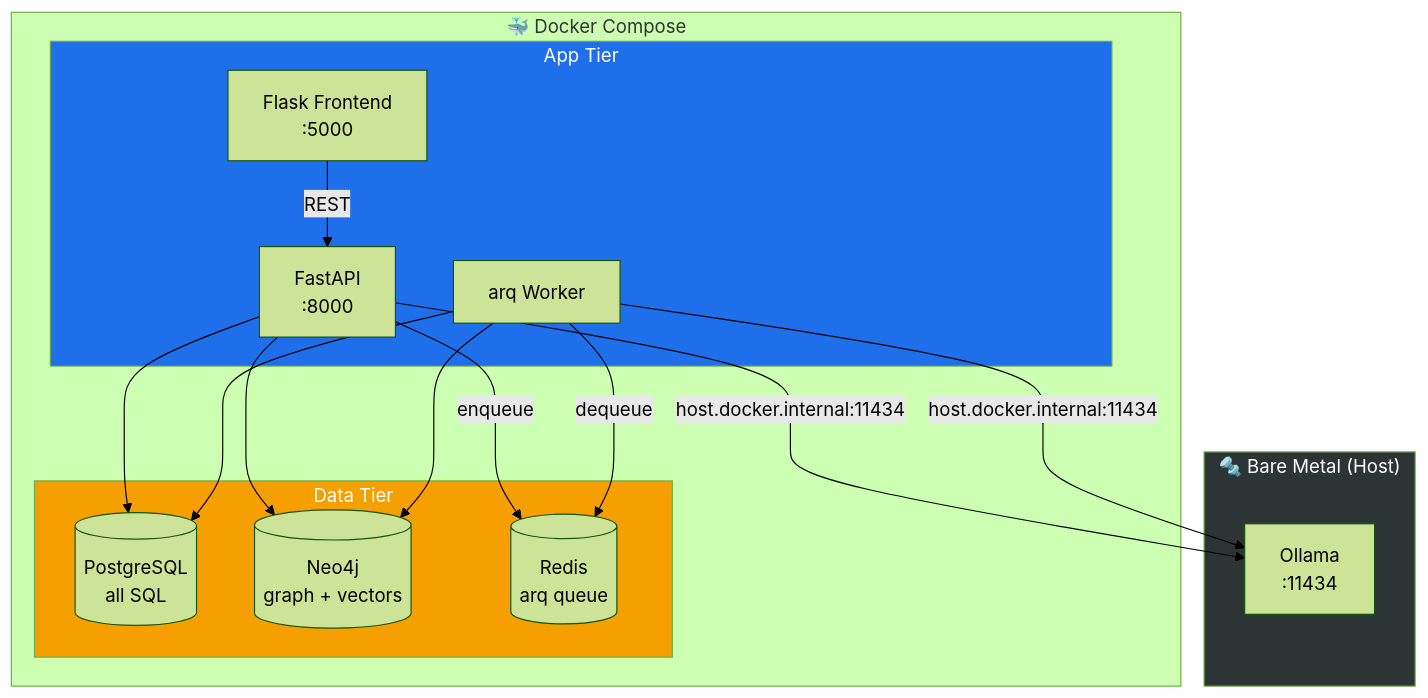
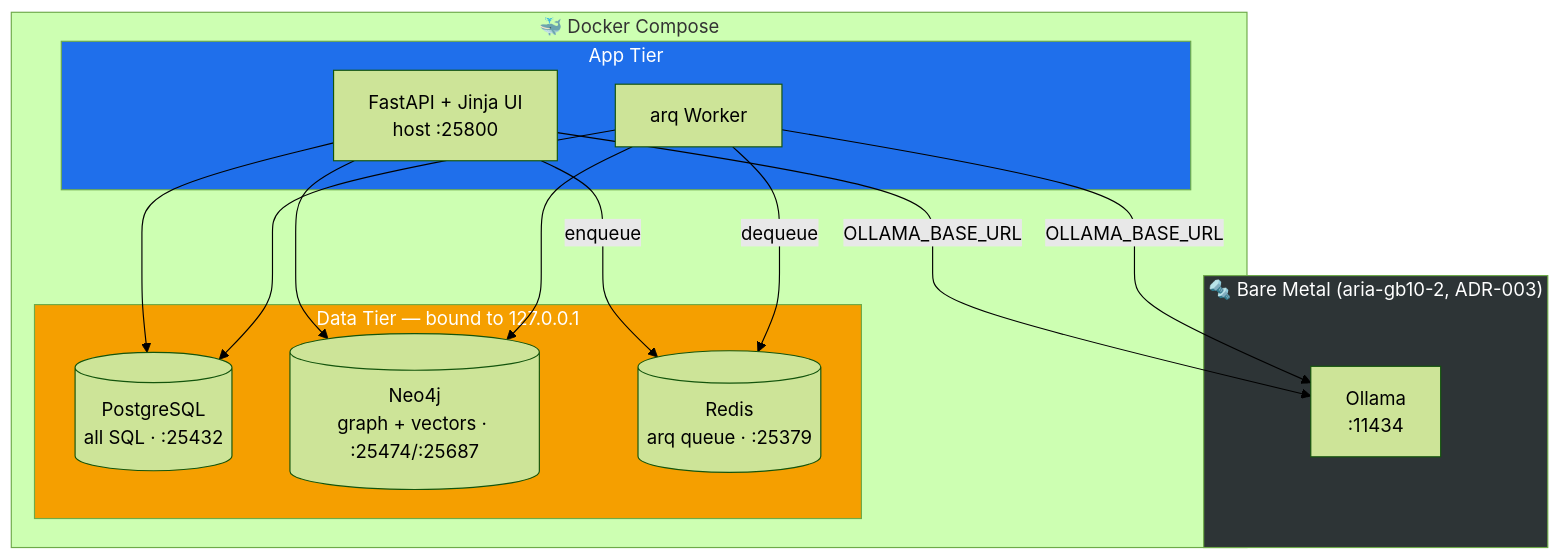
The first of 3 diagrams in README.md (humanaxiom/jd-assistant), drawn with Mermaid (forest theme) before and after one commit. The commit also changed other lines of this file and 3 other files, not shown here.

First line of the commit message:
chore(docs): scrub the removed Flask frontend, and close the status-log hole (#114)

````diff
--- a/README.md
+++ b/README.md
@@ -17,28 +17,26 @@
 ```mermaid
 graph TB
-    subgraph Metal["🔩 Bare Metal (Host)"]
+    subgraph Metal["🔩 Bare Metal (aria-gb10-2, ADR-003)"]
         OL[Ollama<br/>:11434]
     end
     subgraph Docker["🐳 Docker Compose"]
         subgraph AppTier["App Tier"]
-            API[FastAPI<br/>:8000]
-            FE[Flask Frontend<br/>:5000]
+            API[FastAPI + Jinja UI<br/>host :25800]
             WK[arq Worker]
         end
-        subgraph DataTier["Data Tier"]
-            PG[(PostgreSQL<br/>all SQL)]
-            NEO[(Neo4j<br/>graph + vectors)]
-            RD[(Redis<br/>arq queue)]
+        subgraph DataTier["Data Tier — bound to 127.0.0.1"]
+            PG[(PostgreSQL<br/>all SQL · :25432)]
+            NEO[(Neo4j<br/>graph + vectors · :25474/:25687)]
+            RD[(Redis<br/>arq queue · :25379)]
         end
     end
-    FE -->|REST| API
     API --> PG
     API --> NEO
     API -->|enqueue| RD
     WK -->|dequeue| RD
     WK --> PG & NEO
-    API & WK -->|host.docker.internal:11434| OL
+    API & WK -->|OLLAMA_BASE_URL| OL
     style Metal fill:#2D3436,color:#fff
     style AppTier fill:#1F6FEB,color:#fff
     style DataTier fill:#F59F00,color:#fff
 ```
````
